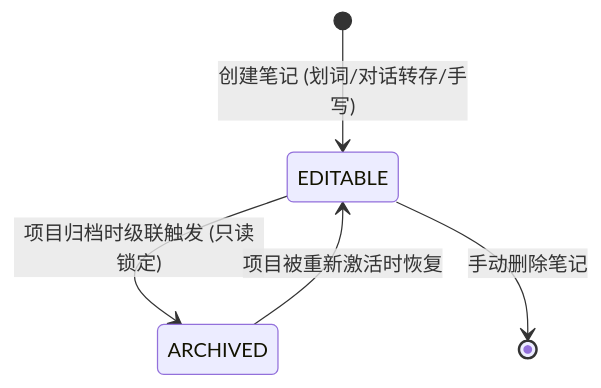
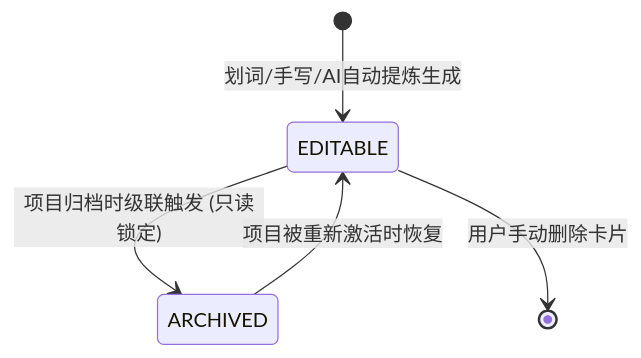
The fifth of 8 diagrams in docs/04_interaction_design/flow_state_spec-v1.0.md (shanglihong/i-have-a-plan), drawn with Mermaid before and after one commit. The commit also changed other lines of this file, not shown here.

Commit message:
docs: update flow state specification to version 1.0

````diff
--- a/docs/04_interaction_design/flow_state_spec-v1.0.md
+++ b/docs/04_interaction_design/flow_state_spec-v1.0.md
@@ -96,7 +103,7 @@
 ```mermaid
 stateDiagram-v2
-    [*] --> EDITABLE : 创建笔记 (划词/对话转存/手写)
+    [*] --> EDITABLE : 划词/手写/AI自动提炼生成
     EDITABLE --> ARCHIVED : 项目归档时级联触发 (只读锁定)
     ARCHIVED --> EDITABLE : 项目被重新激活时恢复
-    EDITABLE --> [*] : 手动删除笔记
+    EDITABLE --> [*] : 用户手动删除卡片
 ```
````
